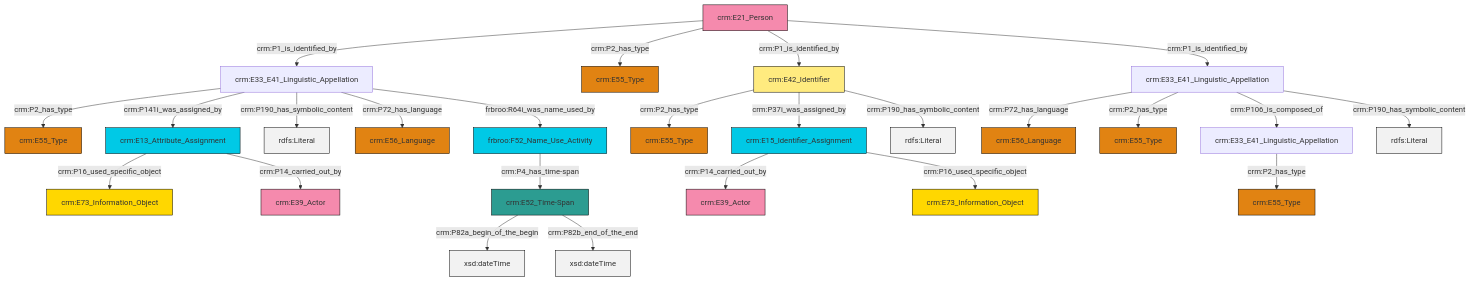
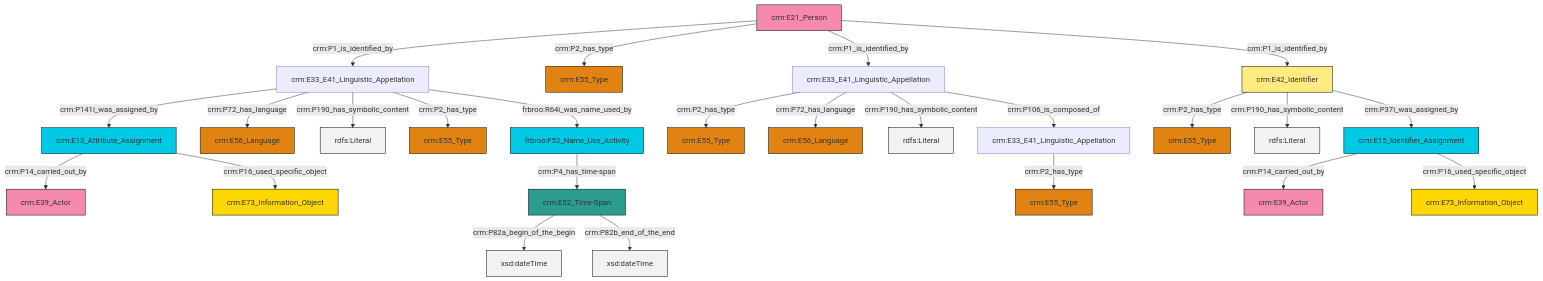
One commit to swiss-art-research-net/reference-data-models changed the diagram in et/personCSV/ttl/mmd/Person_Names_and_Classification.ttl.mmd. Above: the diagram before and after it, drawn with Mermaid. The commit also changed 126 other files, not shown here.

```diff
--- a/et/personCSV/ttl/mmd/Person_Names_and_Classification.ttl.mmd
+++ b/et/personCSV/ttl/mmd/Person_Names_and_Classification.ttl.mmd
@@ -1,39 +1,39 @@
 graph TD
 classDef Literal fill:#f2f2f2,stroke:#000000;
 classDef CRM_Entity fill:#FFFFFF,stroke:#000000;
 classDef Temporal_Entity fill:#00C9E6, stroke:#000000;
 classDef Type fill:#E18312, stroke:#000000;
 classDef Time-Span fill:#2C9C91, stroke:#000000;
 classDef Appellation fill:#FFEB7F, stroke:#000000;
 classDef Place fill:#008836, stroke:#000000;
 classDef Persistent_Item fill:#B266B2, stroke:#000000;
 classDef Conceptual_Object fill:#FFD700, stroke:#000000;
 classDef Physical_Thing fill:#D2B48C, stroke:#000000;
 classDef Actor fill:#f58aad, stroke:#000000;
 classDef PC_Classes fill:#4ce600, stroke:#000000;
 classDef Multi fill:#cccccc,stroke:#000000;
 
-0["crm:E33_E41_Linguistic_Appellation"]:::Default -->|crm:P2_has_type| 1["crm:E55_Type"]:::Type
-2["crm:E33_E41_Linguistic_Appellation"]:::Default -->|crm:P72_has_language| 3["crm:E56_Language"]:::Type
-7["crm:E42_Identifier"]:::Appellation -->|crm:P2_has_type| 8["crm:E55_Type"]:::Type
-0["crm:E33_E41_Linguistic_Appellation"]:::Default -->|crm:P141i_was_assigned_by| 11["crm:E13_Attribute_Assignment"]:::Temporal_Entity
-16["crm:E21_Person"]:::Actor -->|crm:P1_is_identified_by| 0["crm:E33_E41_Linguistic_Appellation"]:::Default
-16["crm:E21_Person"]:::Actor -->|crm:P2_has_type| 25["crm:E55_Type"]:::Type
-16["crm:E21_Person"]:::Actor -->|crm:P1_is_identified_by| 7["crm:E42_Identifier"]:::Appellation
-0["crm:E33_E41_Linguistic_Appellation"]:::Default -->|crm:P190_has_symbolic_content| 29[rdfs:Literal]:::Literal
-16["crm:E21_Person"]:::Actor -->|crm:P1_is_identified_by| 2["crm:E33_E41_Linguistic_Appellation"]:::Default
-9["crm:E33_E41_Linguistic_Appellation"]:::Default -->|crm:P2_has_type| 17["crm:E55_Type"]:::Type
-34["crm:E15_Identifier_Assignment"]:::Temporal_Entity -->|crm:P14_carried_out_by| 35["crm:E39_Actor"]:::Actor
-7["crm:E42_Identifier"]:::Appellation -->|crm:P37i_was_assigned_by| 34["crm:E15_Identifier_Assignment"]:::Temporal_Entity
-30["crm:E52_Time-Span"]:::Time-Span -->|crm:P82a_begin_of_the_begin| 36[xsd:dateTime]:::Literal
-2["crm:E33_E41_Linguistic_Appellation"]:::Default -->|crm:P2_has_type| 38["crm:E55_Type"]:::Type
-0["crm:E33_E41_Linguistic_Appellation"]:::Default -->|crm:P72_has_language| 12["crm:E56_Language"]:::Type
-2["crm:E33_E41_Linguistic_Appellation"]:::Default -->|crm:P106_is_composed_of| 9["crm:E33_E41_Linguistic_Appellation"]:::Default
-19["frbroo:F52_Name_Use_Activity"]:::Temporal_Entity -->|crm:P4_has_time-span| 30["crm:E52_Time-Span"]:::Time-Span
-0["crm:E33_E41_Linguistic_Appellation"]:::Default -->|frbroo:R64i_was_name_used_by| 19["frbroo:F52_Name_Use_Activity"]:::Temporal_Entity
-11["crm:E13_Attribute_Assignment"]:::Temporal_Entity -->|crm:P16_used_specific_object| 14["crm:E73_Information_Object"]:::Conceptual_Object
-34["crm:E15_Identifier_Assignment"]:::Temporal_Entity -->|crm:P16_used_specific_object| 27["crm:E73_Information_Object"]:::Conceptual_Object
-30["crm:E52_Time-Span"]:::Time-Span -->|crm:P82b_end_of_the_end| 44[xsd:dateTime]:::Literal
-7["crm:E42_Identifier"]:::Appellation -->|crm:P190_has_symbolic_content| 45[rdfs:Literal]:::Literal
-11["crm:E13_Attribute_Assignment"]:::Temporal_Entity -->|crm:P14_carried_out_by| 5["crm:E39_Actor"]:::Actor
-2["crm:E33_E41_Linguistic_Appellation"]:::Default -->|crm:P190_has_symbolic_content| 46[rdfs:Literal]:::Literal
+4["crm:E15_Identifier_Assignment"]:::Temporal_Entity -->|crm:P14_carried_out_by| 5["crm:E39_Actor"]:::Actor
+13["crm:E13_Attribute_Assignment"]:::Temporal_Entity -->|crm:P14_carried_out_by| 14["crm:E39_Actor"]:::Actor
+15["frbroo:F52_Name_Use_Activity"]:::Temporal_Entity -->|crm:P4_has_time-span| 16["crm:E52_Time-Span"]:::Time-Span
+17["crm:E33_E41_Linguistic_Appellation"]:::Default -->|crm:P141i_was_assigned_by| 13["crm:E13_Attribute_Assignment"]:::Temporal_Entity
+18["crm:E42_Identifier"]:::Appellation -->|crm:P2_has_type| 11["crm:E55_Type"]:::Type
+21["crm:E33_E41_Linguistic_Appellation"]:::Default -->|crm:P2_has_type| 0["crm:E55_Type"]:::Type
+21["crm:E33_E41_Linguistic_Appellation"]:::Default -->|crm:P72_has_language| 22["crm:E56_Language"]:::Type
+8["crm:E21_Person"]:::Actor -->|crm:P1_is_identified_by| 17["crm:E33_E41_Linguistic_Appellation"]:::Default
+8["crm:E21_Person"]:::Actor -->|crm:P2_has_type| 23["crm:E55_Type"]:::Type
+17["crm:E33_E41_Linguistic_Appellation"]:::Default -->|crm:P72_has_language| 29["crm:E56_Language"]:::Type
+4["crm:E15_Identifier_Assignment"]:::Temporal_Entity -->|crm:P16_used_specific_object| 19["crm:E73_Information_Object"]:::Conceptual_Object
+17["crm:E33_E41_Linguistic_Appellation"]:::Default -->|crm:P190_has_symbolic_content| 33[rdfs:Literal]:::Literal
+17["crm:E33_E41_Linguistic_Appellation"]:::Default -->|crm:P2_has_type| 34["crm:E55_Type"]:::Type
+2["crm:E33_E41_Linguistic_Appellation"]:::Default -->|crm:P2_has_type| 6["crm:E55_Type"]:::Type
+21["crm:E33_E41_Linguistic_Appellation"]:::Default -->|crm:P190_has_symbolic_content| 35[rdfs:Literal]:::Literal
+8["crm:E21_Person"]:::Actor -->|crm:P1_is_identified_by| 21["crm:E33_E41_Linguistic_Appellation"]:::Default
+16["crm:E52_Time-Span"]:::Time-Span -->|crm:P82a_begin_of_the_begin| 39[xsd:dateTime]:::Literal
+16["crm:E52_Time-Span"]:::Time-Span -->|crm:P82b_end_of_the_end| 40[xsd:dateTime]:::Literal
+18["crm:E42_Identifier"]:::Appellation -->|crm:P190_has_symbolic_content| 41[rdfs:Literal]:::Literal
+18["crm:E42_Identifier"]:::Appellation -->|crm:P37i_was_assigned_by| 4["crm:E15_Identifier_Assignment"]:::Temporal_Entity
+8["crm:E21_Person"]:::Actor -->|crm:P1_is_identified_by| 18["crm:E42_Identifier"]:::Appellation
+17["crm:E33_E41_Linguistic_Appellation"]:::Default -->|frbroo:R64i_was_name_used_by| 15["frbroo:F52_Name_Use_Activity"]:::Temporal_Entity
+13["crm:E13_Attribute_Assignment"]:::Temporal_Entity -->|crm:P16_used_specific_object| 37["crm:E73_Information_Object"]:::Conceptual_Object
+21["crm:E33_E41_Linguistic_Appellation"]:::Default -->|crm:P106_is_composed_of| 2["crm:E33_E41_Linguistic_Appellation"]:::Default
```
